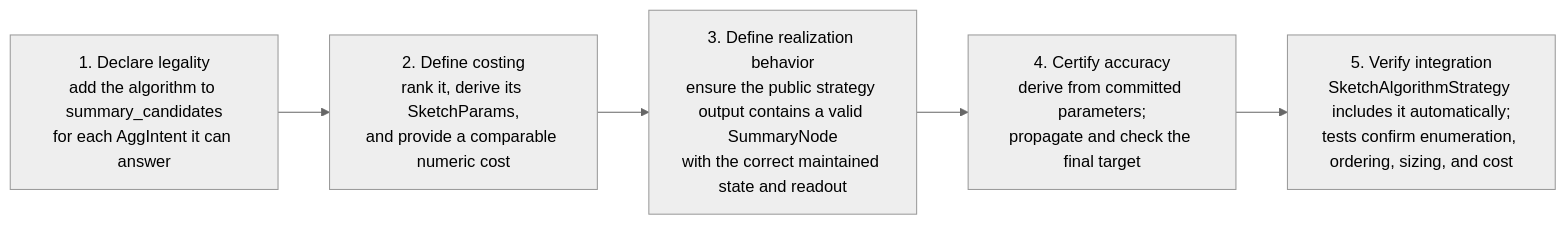
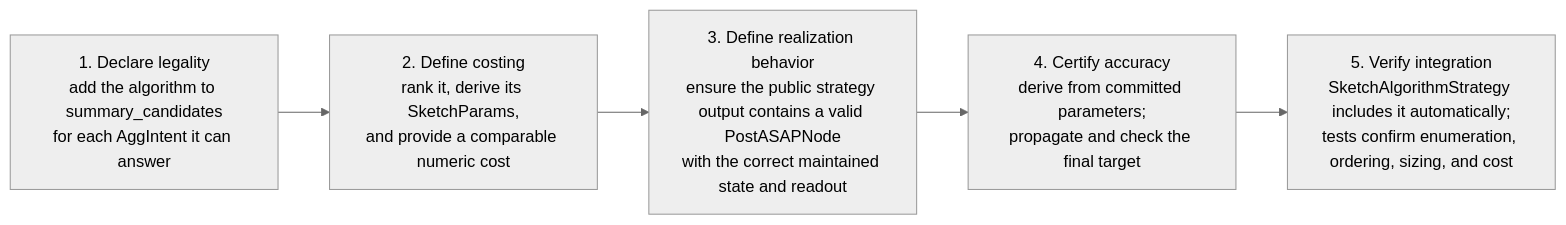
Before and after one commit to ProjectASAP/ASAPPlanner: the fourth of 4 diagrams in docs/develop_docs/extend-asap-aware-mapping.md, drawn with Mermaid (neutral theme). The commit also changed other lines of this file and 161 other files, not shown here.

First line of the commit message:
refactor!: align DAG node and graph API names

````diff
--- a/docs/develop_docs/extend-asap-aware-mapping.md
+++ b/docs/develop_docs/extend-asap-aware-mapping.md
@@ -777,8 +777,8 @@
 ```mermaid
 flowchart LR
   MAP["1. Declare legality<br/>add the algorithm to summary_candidates<br/>for each AggIntent it can answer"]
   MAP --> MODEL["2. Define costing<br/>rank it, derive its SketchParams,<br/>and provide a comparable numeric cost"]
-  MODEL --> BUILD["3. Define realization behavior<br/>ensure the public strategy output contains a valid SummaryNode<br/>with the correct maintained state and readout"]
+  MODEL --> BUILD["3. Define realization behavior<br/>ensure the public strategy output contains a valid PostASAPNode<br/>with the correct maintained state and readout"]
   BUILD --> ACC["4. Certify accuracy<br/>derive from committed parameters;<br/>propagate and check the final target"]
   ACC --> ENUM["5. Verify integration<br/>SketchAlgorithmStrategy includes it automatically;<br/>tests confirm enumeration, ordering, sizing, and cost"]
 ```
````
